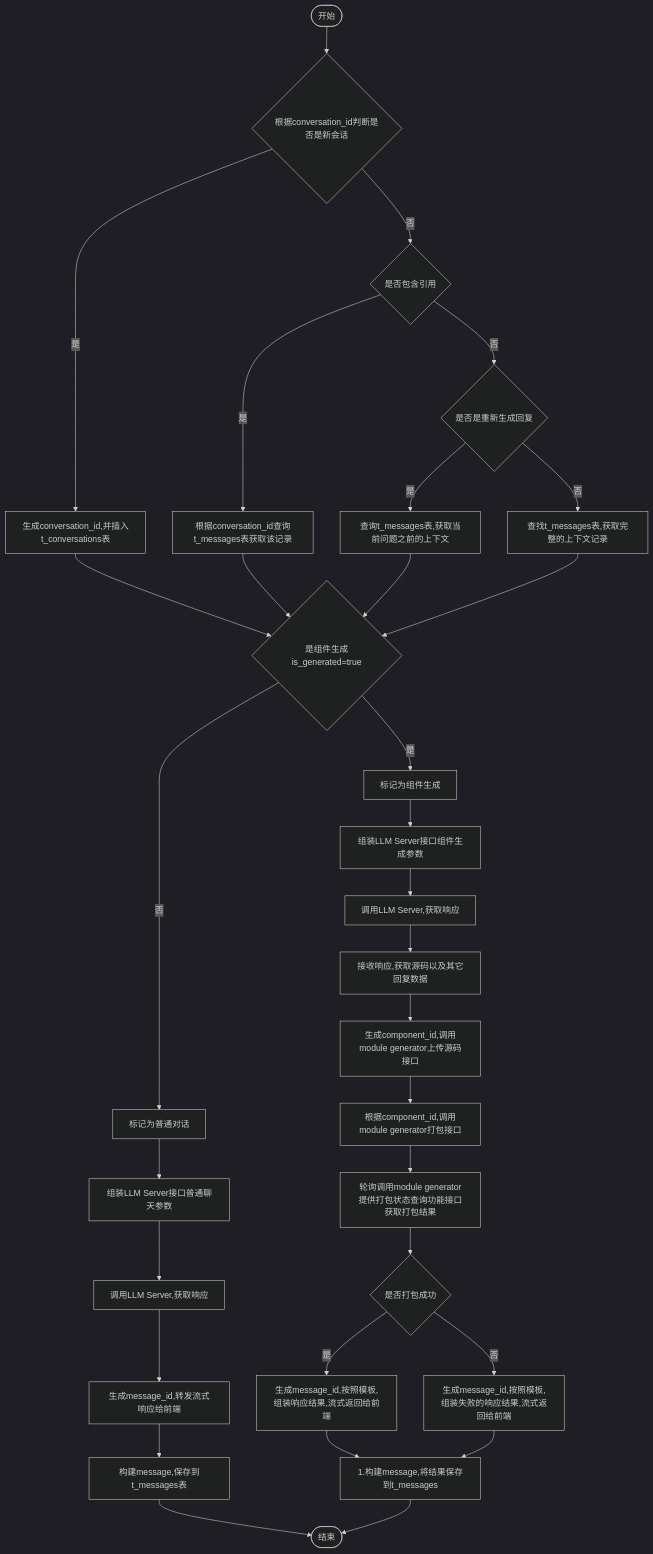
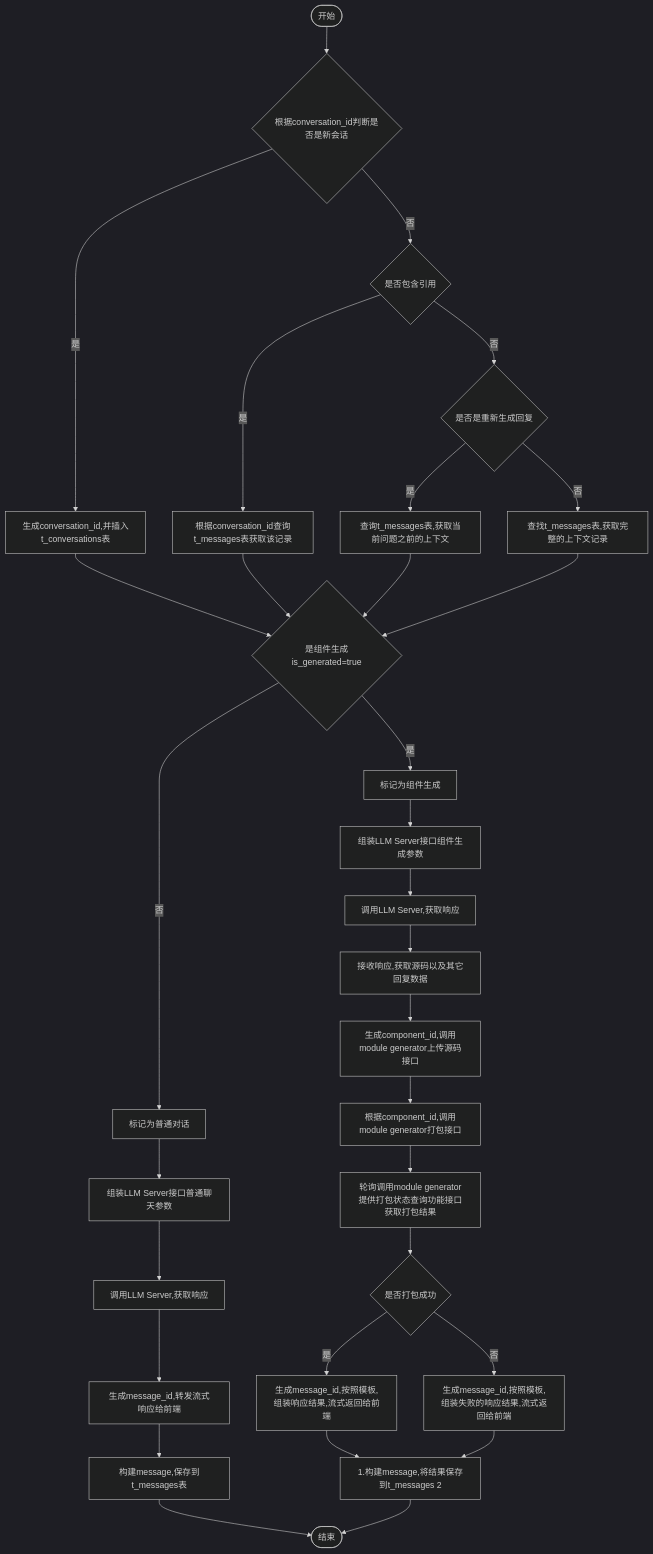
One commit to yingjianzh/iodraw-files changed the diagram in all/v0.1.0会话.md. Above: the diagram before and after it, drawn with Mermaid (dark theme).

Commit message:
2024-10-12 17:21:33 update

````diff
--- a/all/v0.1.0会话.md
+++ b/all/v0.1.0会话.md
@@ -1,34 +1,34 @@
 ```mermaid
 flowchart TD
     A([开始]) --> B{根据conversation_id判断是否是新会话}
     B -- 是 --> C[生成conversation_id,并插入t_conversations表]
     B -- 否 --> D{是否包含引用}
     D -- 是 --> E[根据conversation_id查询t_messages表获取该记录]
     D -- 否 --> F{是否是重新生成回复}
     F -- 是 --> G[查询t_messages表,获取当前问题之前的上下文]
     F -- 否 --> H[查找t_messages表,获取完整的上下文记录]
      
     C & E & G & H --> I{是组件生成is_generated=true}
     I -- 是 --> J[标记为组件生成]
     I -- 否 --> K[标记为普通对话]
 
     J --> L[组装LLM Server接口组件生成参数]    
     K --> M[组装LLM Server接口普通聊天参数]    
     M --> N[调用LLM Server,获取响应]    
     N --> O[生成message_id,转发流式响应给前端]
     O --> P[构建message,保存到t_messages表]
     P --> R([结束])
 
 
     L --> S[调用LLM Server,获取响应]
     S --> T[接收响应,获取源码以及其它回复数据]
     T --> U[生成component_id,调用module generator上传源码接口]
     U --> V[根据component_id,调用module generator打包接口]
     V --> W[轮询调用module generator提供打包状态查询功能接口获取打包结果]
     W --> X{是否打包成功}
     X -- 是 --> Y[生成message_id,按照模板,组装响应结果,流式返回给前端]
     X -- 否 --> Z[生成message_id,按照模板,组装失败的响应结果,流式返回给前端]
 
-    Y & Z --> Result[1.构建message,将结果保存到t_messages ]
+    Y & Z --> Result[1.构建message,将结果保存到t_messages 2]
     Result --> R
 ```
````
